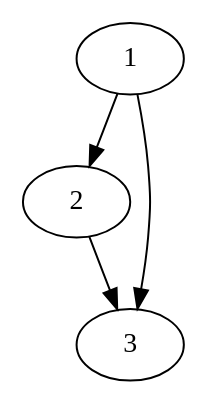
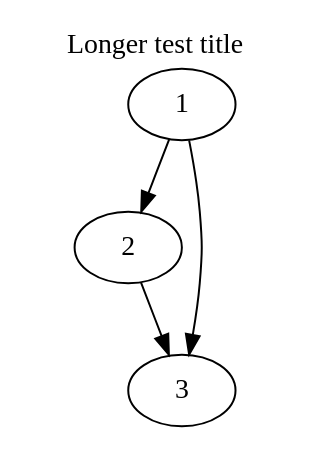
One commit to DQsamayoa/tweensvg changed the diagram in test_inputs/dot1/frame2.dot. Above: the diagram before and after it, drawn with Graphviz. The commit also changed 4 other files, not shown here.

```diff
--- a/test_inputs/dot1/frame2.dot
+++ b/test_inputs/dot1/frame2.dot
@@ -1,9 +1,11 @@
 
-digraph frame1{
-    1;
-    2;
-    3;
-    1 -> 2;
-    1 -> 3;
-    2 -> 3;
+digraph frame{
+    labelloc="t";
+    label="Longer test title";
+    1 [id=node1];
+    2 [id=node2];
+    3 [id=node3];
+    1 -> 2 [id=edge_1_2];
+    1 -> 3 [id=edge_1_3];
+    2 -> 3 [id=edge_2_3];
 }
```
